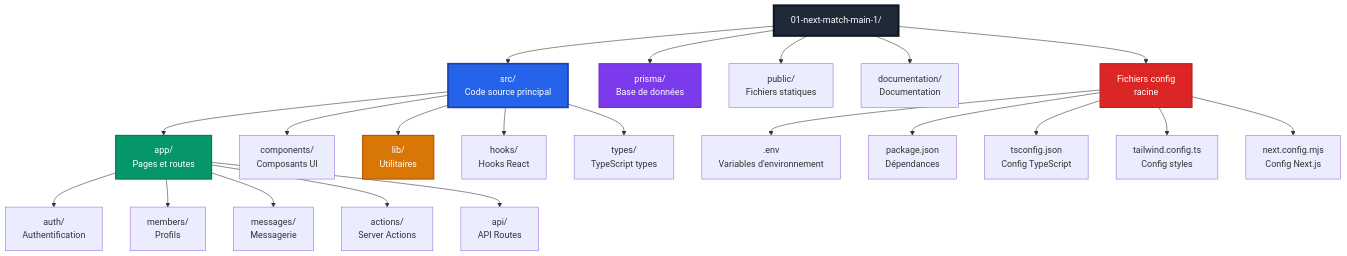
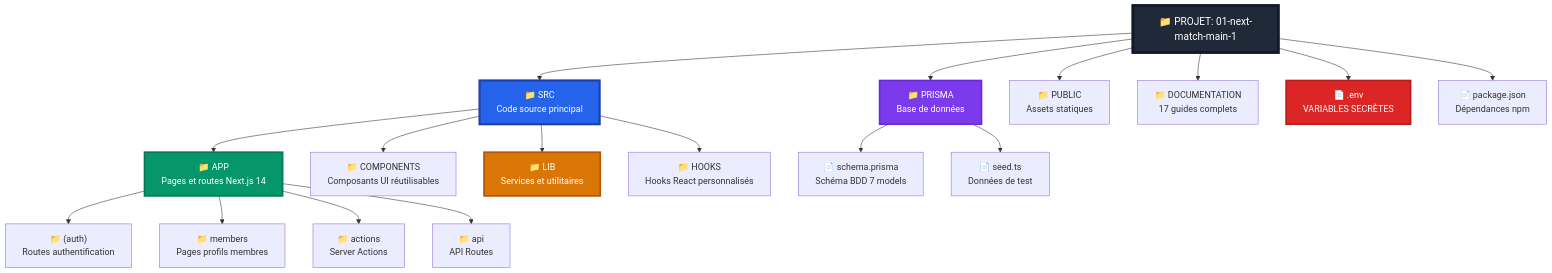
Before and after one commit to inskillflow/next-auth-demo-2-match: the first of 19 diagrams in documentation/17-arborescence-fichiers-roles.md, drawn with Mermaid. The commit also changed other lines of this file, not shown here.

````diff
--- a/documentation/17-arborescence-fichiers-roles.md
+++ b/documentation/17-arborescence-fichiers-roles.md
@@ -22,35 +22,34 @@
 ```mermaid
-graph TB
-    Root["01-next-match-main-1/"]
+flowchart TD
+    Root["📁 PROJET: 01-next-match-main-1"]
     
-    Root --> SRC["src/<br/>Code source principal"]
-    Root --> PRISMA["prisma/<br/>Base de données"]
-    Root --> PUBLIC["public/<br/>Fichiers statiques"]
-    Root --> DOC["documentation/<br/>Documentation"]
-    Root --> CONFIG["Fichiers config<br/>racine"]
+    Root --> SRC["📁 SRC<br/>Code source principal"]
     
-    SRC --> APP["app/<br/>Pages et routes"]
-    SRC --> COMP["components/<br/>Composants UI"]
-    SRC --> LIB["lib/<br/>Utilitaires"]
-    SRC --> HOOKS["hooks/<br/>Hooks React"]
-    SRC --> TYPES["types/<br/>TypeScript types"]
+    SRC --> APP["📁 APP<br/>Pages et routes Next.js 14"]
+    SRC --> COMP["📁 COMPONENTS<br/>Composants UI réutilisables"]
+    SRC --> LIB["📁 LIB<br/>Services et utilitaires"]
+    SRC --> HOOKS["📁 HOOKS<br/>Hooks React personnalisés"]
     
-    APP --> AUTH_GROUP["auth/<br/>Authentification"]
-    APP --> MEMBERS["members/<br/>Profils"]
-    APP --> MESSAGES["messages/<br/>Messagerie"]
-    APP --> ACTIONS["actions/<br/>Server Actions"]
-    APP --> API["api/<br/>API Routes"]
+    APP --> AUTH_G["📁 (auth)<br/>Routes authentification"]
+    APP --> MEMBERS_G["📁 members<br/>Pages profils membres"]
+    APP --> ACTIONS_G["📁 actions<br/>Server Actions"]
+    APP --> API_G["📁 api<br/>API Routes"]
     
-    CONFIG --> ENV[".env<br/>Variables d'environnement"]
-    CONFIG --> PACKAGE["package.json<br/>Dépendances"]
-    CONFIG --> TSCONFIG["tsconfig.json<br/>Config TypeScript"]
-    CONFIG --> TAILWIND["tailwind.config.ts<br/>Config styles"]
-    CONFIG --> NEXT["next.config.mjs<br/>Config Next.js"]
+    Root --> PRISMA_R["📁 PRISMA<br/>Base de données"]
     
-    style Root fill:#1f2937,stroke:#111827,stroke-width:4px,color:#fff
-    style SRC fill:#2563eb,stroke:#1e40af,stroke-width:3px,color:#fff
-    style APP fill:#059669,stroke:#047857,stroke-width:2px,color:#fff
-    style LIB fill:#d97706,stroke:#b45309,stroke-width:2px,color:#fff
-    style PRISMA fill:#7c3aed,stroke:#6d28d9,stroke-width:2px,color:#fff
-    style CONFIG fill:#dc2626,stroke:#b91c1c,stroke-width:2px,color:#fff
+    PRISMA_R --> SCHEMA["📄 schema.prisma<br/>Schéma BDD 7 models"]
+    PRISMA_R --> SEED["📄 seed.ts<br/>Données de test"]
+    
+    Root --> PUBLIC_R["📁 PUBLIC<br/>Assets statiques"]
+    Root --> DOC_R["📁 DOCUMENTATION<br/>17 guides complets"]
+    
+    Root --> ENV_R["📄 .env<br/>VARIABLES SECRÈTES"]
+    Root --> PACKAGE_R["📄 package.json<br/>Dépendances npm"]
+    
+    style Root fill:#1f2937,stroke:#111827,stroke-width:5px,color:#fff,font-size:18px
+    style SRC fill:#2563eb,stroke:#1e40af,stroke-width:4px,color:#fff,font-size:16px
+    style APP fill:#059669,stroke:#047857,stroke-width:3px,color:#fff
+    style LIB fill:#d97706,stroke:#b45309,stroke-width:3px,color:#fff
+    style PRISMA_R fill:#7c3aed,stroke:#6d28d9,stroke-width:3px,color:#fff
+    style ENV_R fill:#dc2626,stroke:#b91c1c,stroke-width:3px,color:#fff
 ```
````
